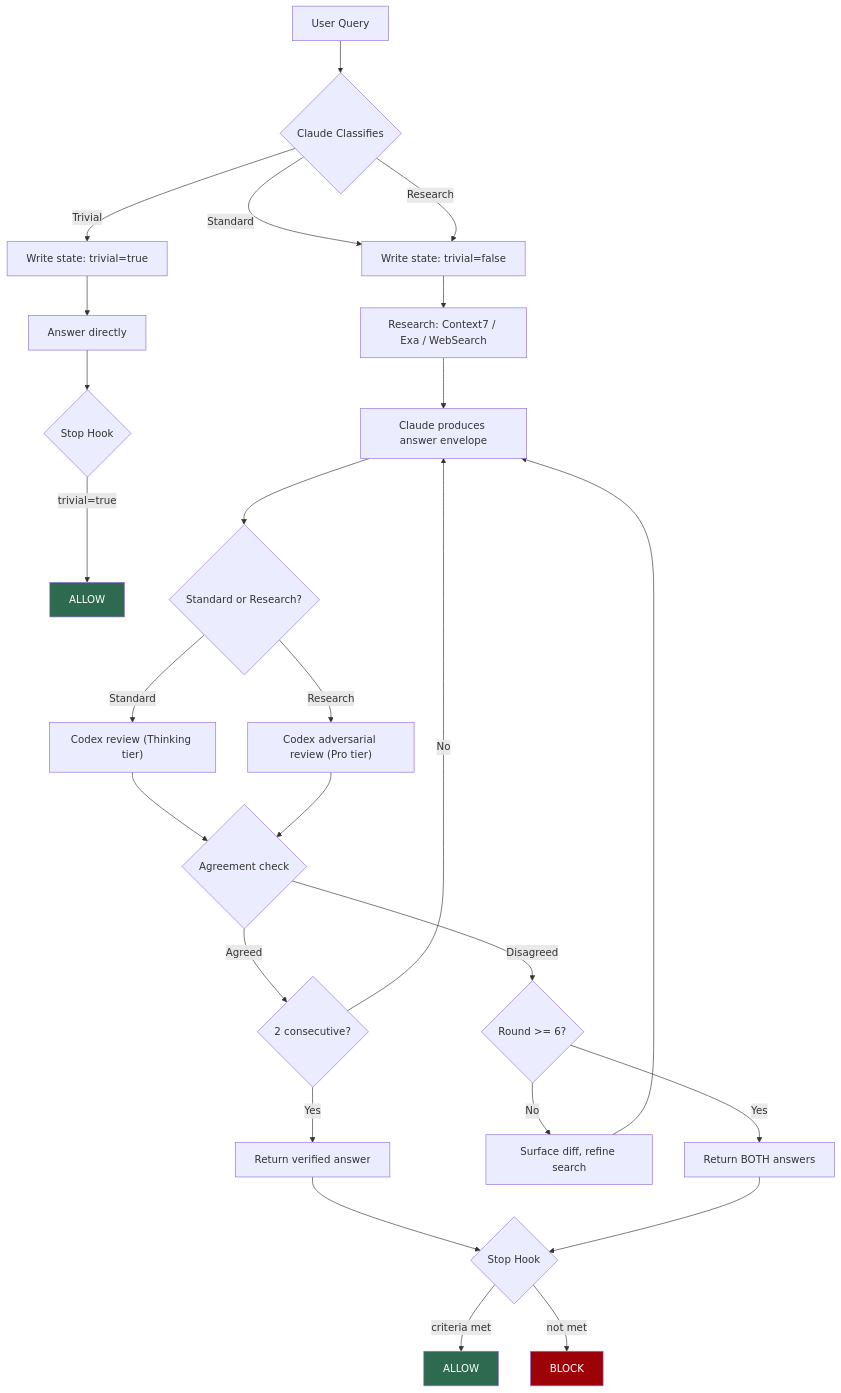
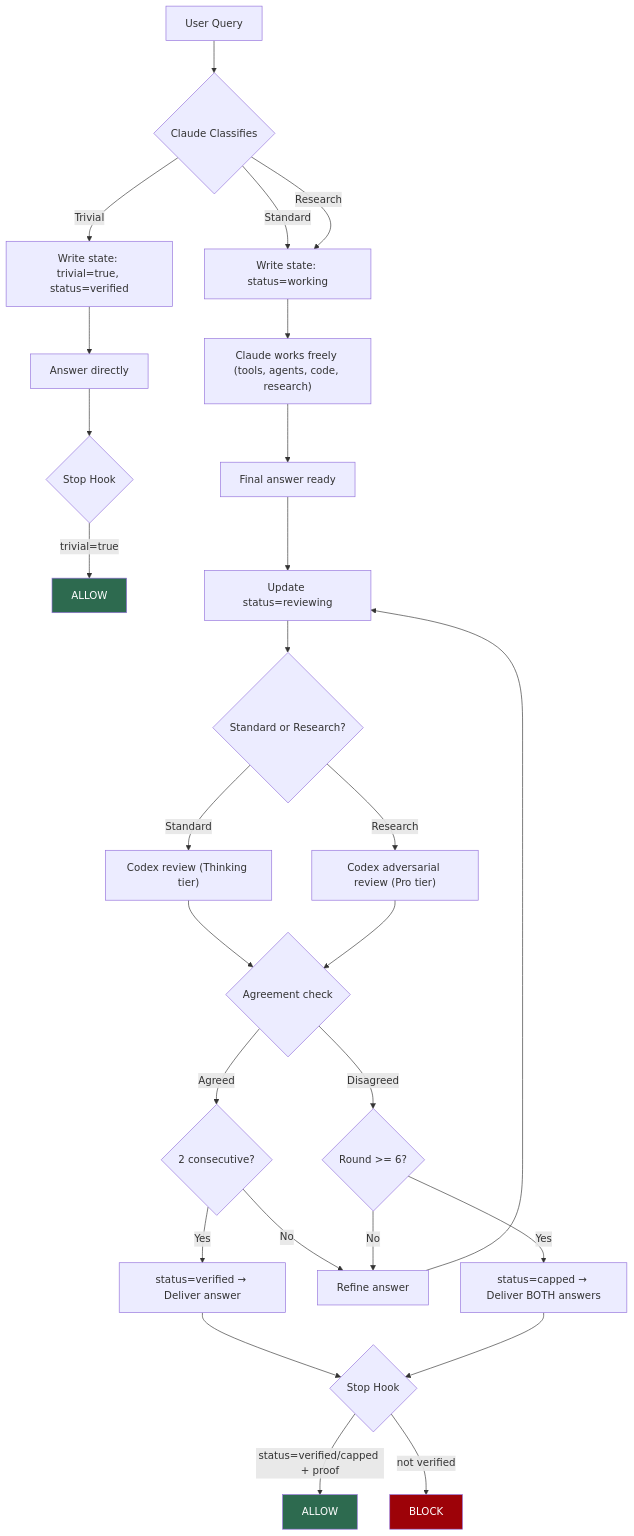
The first of 5 diagrams in README.md (KlementMultiverse/verify-consensus), drawn with Mermaid before and after one commit. The commit also changed other lines of this file and 2 other files, not shown here.

First line of the commit message:
v4: Work-first, review-after architecture

````diff
--- a/README.md
+++ b/README.md
@@ -31,40 +31,40 @@
 ```mermaid
 flowchart TD
     A[User Query] --> B{Claude Classifies}
 
-    B -->|Trivial| C[Write state: trivial=true]
+    B -->|Trivial| C["Write state: trivial=true, status=verified"]
     C --> D[Answer directly]
     D --> S1{Stop Hook}
     S1 -->|trivial=true| ALLOW1[ALLOW]
 
-    B -->|Standard| E[Write state: trivial=false]
+    B -->|Standard| E["Write state: status=working"]
     B -->|Research| E
 
-    E --> F[Research: Context7 / Exa / WebSearch]
-    F --> G[Claude produces answer envelope]
+    E --> F["Claude works freely (tools, agents, code, research)"]
+    F --> G[Final answer ready]
 
-    G --> H{Standard or Research?}
-    H -->|Standard| I["Codex review (Thinking tier)"]
-    H -->|Research| J["Codex adversarial review (Pro tier)"]
+    G --> H["Update status=reviewing"]
+    H --> I{Standard or Research?}
+    I -->|Standard| J["Codex review (Thinking tier)"]
+    I -->|Research| K["Codex adversarial review (Pro tier)"]
 
-    I --> K{Agreement check}
-    J --> K
+    J --> L{Agreement check}
+    K --> L
 
-    K -->|Agreed| L{2 consecutive?}
-    L -->|Yes| M[Return verified answer]
-    L -->|No| G
+    L -->|Agreed| M{2 consecutive?}
+    M -->|Yes| N["status=verified → Deliver answer"]
+    M -->|No| O[Refine answer] --> H
 
-    K -->|Disagreed| N{Round >= 6?}
-    N -->|No| O[Surface diff, refine search]
-    O --> G
-    N -->|Yes| P[Return BOTH answers]
+    L -->|Disagreed| P{Round >= 6?}
+    P -->|No| O
+    P -->|Yes| Q["status=capped → Deliver BOTH answers"]
 
-    M --> S2{Stop Hook}
-    P --> S2
-    S2 -->|criteria met| ALLOW2[ALLOW]
-    S2 -->|not met| BLOCK[BLOCK]
+    N --> S2{Stop Hook}
+    Q --> S2
+    S2 -->|status=verified/capped + proof| ALLOW2[ALLOW]
+    S2 -->|not verified| BLOCK[BLOCK]
 
     style ALLOW1 fill:#2d6a4f,color:#fff
     style ALLOW2 fill:#2d6a4f,color:#fff
     style BLOCK fill:#9d0208,color:#fff
 ```
````
